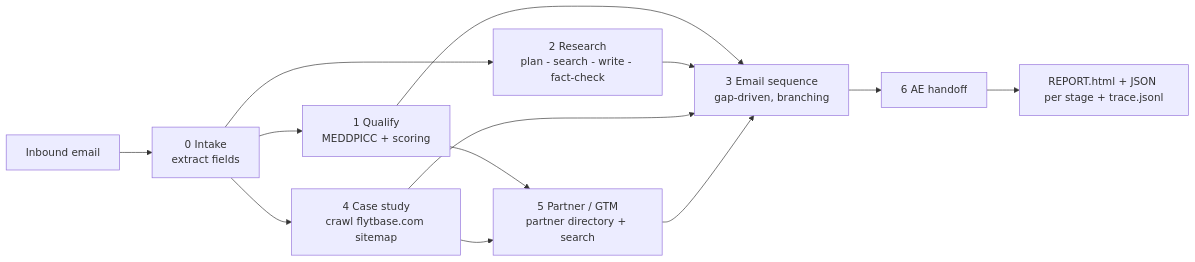
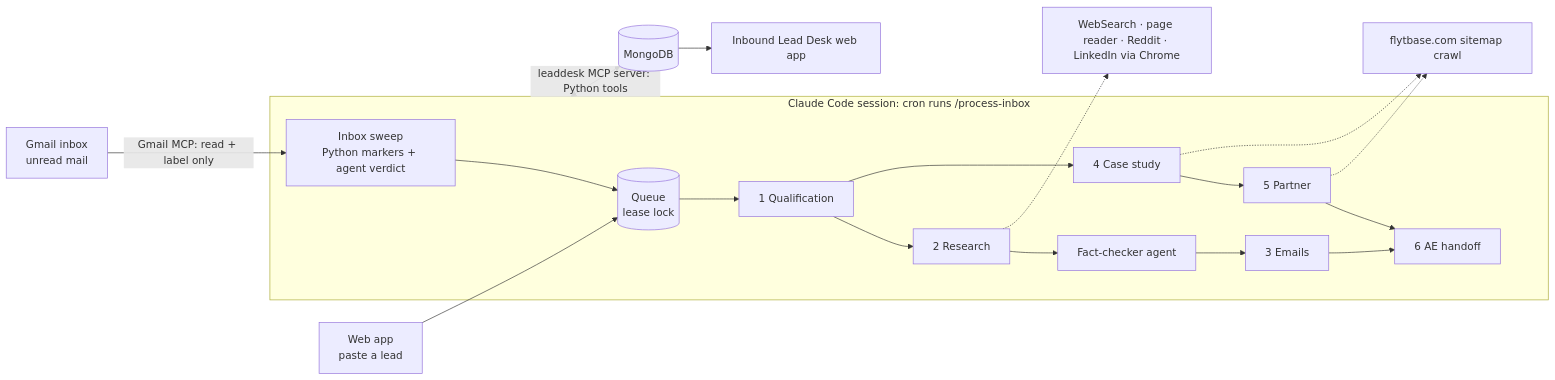
Before and after one commit to samruddhi-sontakke/flytbase-inbound-lead-agent: the diagram in README.md, drawn with Mermaid. The commit also changed other lines of this file and 137 other files, not shown here.

First line of the commit message:
Inbound Lead Desk v1: agent-driven pipeline, live runs and walkthrough

````diff
--- a/README.md
+++ b/README.md
@@ -24,12 +19,18 @@
 ```mermaid
 flowchart LR
-    A[Inbound email] --> S0[0 Intake<br/>extract fields]
-    S0 --> S1[1 Qualify<br/>MEDDPICC + scoring]
-    S0 --> S2[2 Research<br/>plan - search - write - fact-check]
-    S0 --> S4[4 Case study<br/>crawl flytbase.com sitemap]
-    S1 --> S5
-    S4 --> S5[5 Partner / GTM<br/>partner directory + search]
-    S1 & S2 & S4 & S5 --> S3[3 Email sequence<br/>gap-driven, branching]
-    S3 --> S6[6 AE handoff]
-    S6 --> R[REPORT.html + JSON per stage + trace.jsonl]
+    G[Gmail inbox<br/>unread mail] -->|Gmail MCP: read + label only| T
+    W[Web app<br/>paste a lead] --> Q
+    subgraph Agent [Claude Code session: cron runs /process-inbox]
+      T[Inbox sweep<br/>Python markers + agent verdict] --> Q[(Queue<br/>lease lock)]
+      Q --> S1[1 Qualification]
+      S1 --> S2[2 Research] & S4[4 Case study]
+      S2 --> FC[Fact-checker agent]
+      FC --> S3[3 Emails]
+      S4 --> S5[5 Partner]
+      S3 & S5 --> S6[6 AE handoff]
+    end
+    Agent <-->|leaddesk MCP server: Python tools| M[(MongoDB)]
+    S2 -.-> WEB[WebSearch · page reader · Reddit · LinkedIn via Chrome]
+    S4 & S5 -.-> FB[flytbase.com sitemap crawl]
+    M --> UI[Inbound Lead Desk web app]
 ```
````
